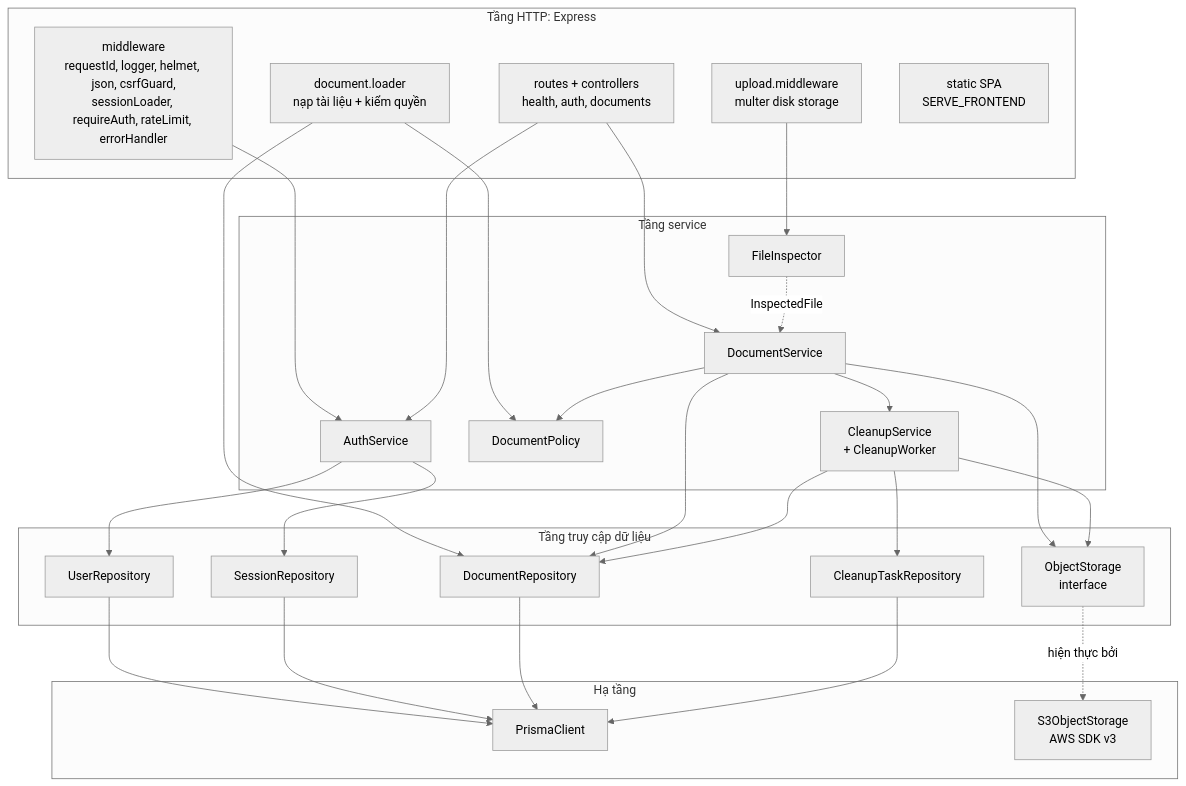
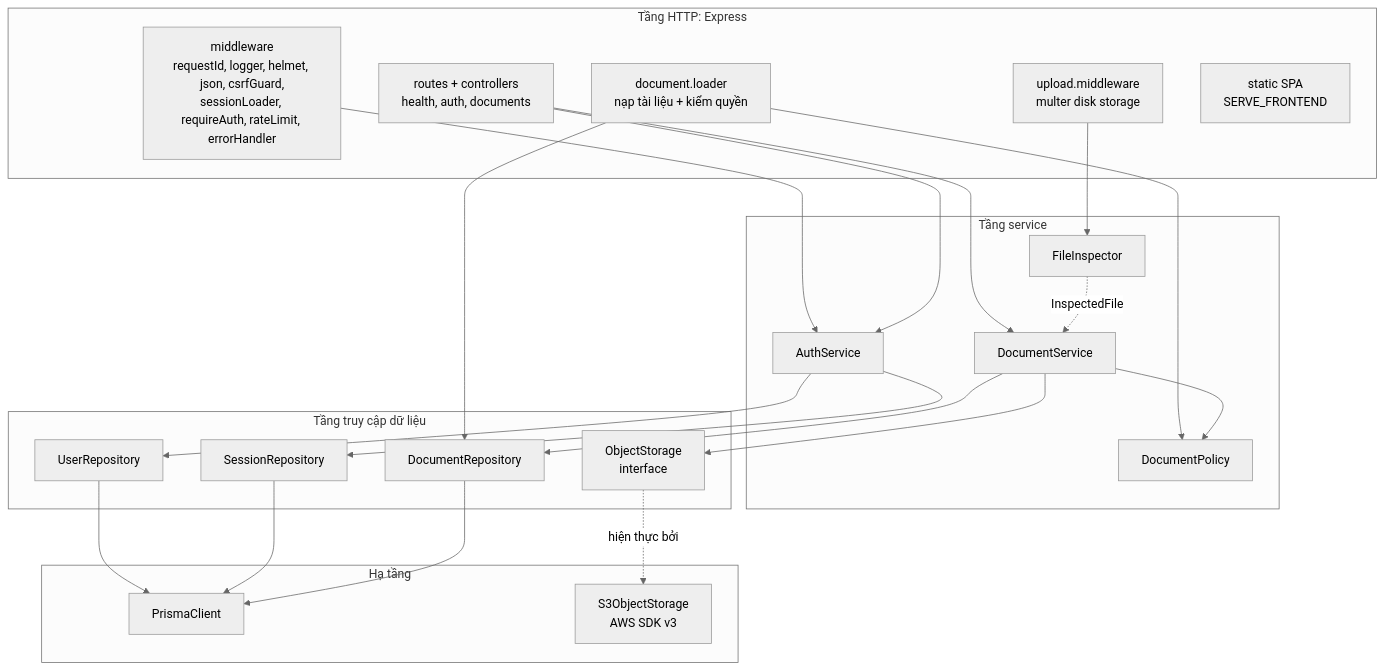
Before and after one commit to august0362/btl_cloud: the sixth of 38 diagrams in docs/ARCHITECTURE.md, drawn with Mermaid (neutral theme). The commit also changed other lines of this file and 1 other file, not shown here.

````diff
--- a/docs/ARCHITECTURE.md
+++ b/docs/ARCHITECTURE.md
@@ -296,49 +293,42 @@
 ```mermaid
 flowchart TB
   subgraph http["Tầng HTTP: Express"]
     mw["middleware<br/>requestId, logger, helmet, json, csrfGuard,<br/>sessionLoader, requireAuth, rateLimit, errorHandler"]
     routes["routes + controllers<br/>health, auth, documents"]
     loader["document.loader<br/>nạp tài liệu + kiểm quyền"]
     upload["upload.middleware<br/>multer disk storage"]
     static["static SPA<br/>SERVE_FRONTEND"]
   end
   subgraph svc["Tầng service"]
     authS["AuthService"]
     docS["DocumentService"]
     policy["DocumentPolicy"]
     inspector["FileInspector"]
-    cleanupS["CleanupService<br/>+ CleanupWorker"]
   end
   subgraph data["Tầng truy cập dữ liệu"]
     userR["UserRepository"]
     sessR["SessionRepository"]
     docR["DocumentRepository"]
-    taskR["CleanupTaskRepository"]
     storage["ObjectStorage<br/>interface"]
   end
   subgraph infra["Hạ tầng"]
     prisma["PrismaClient"]
     s3impl["S3ObjectStorage<br/>AWS SDK v3"]
   end
   mw --> authS
   routes --> authS
   routes --> docS
   loader --> docR
   loader --> policy
   upload --> inspector
   docS --> policy
   docS --> docR
   docS --> storage
-  docS --> cleanupS
   inspector -.->|"InspectedFile"| docS
   authS --> userR
   authS --> sessR
-  cleanupS --> taskR
-  cleanupS --> docR
-  cleanupS --> storage
   userR --> prisma
   sessR --> prisma
   docR --> prisma
-  taskR --> prisma
   storage -.->|"hiện thực bởi"| s3impl
 ```
````
